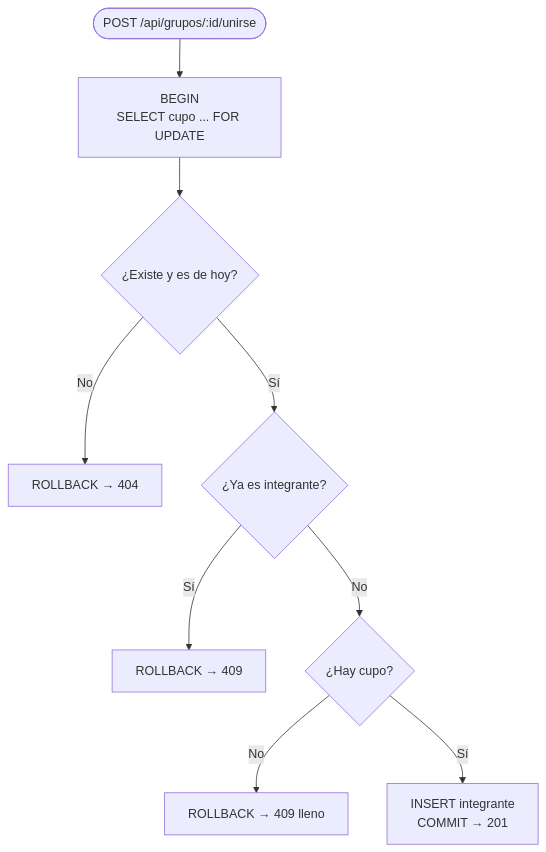
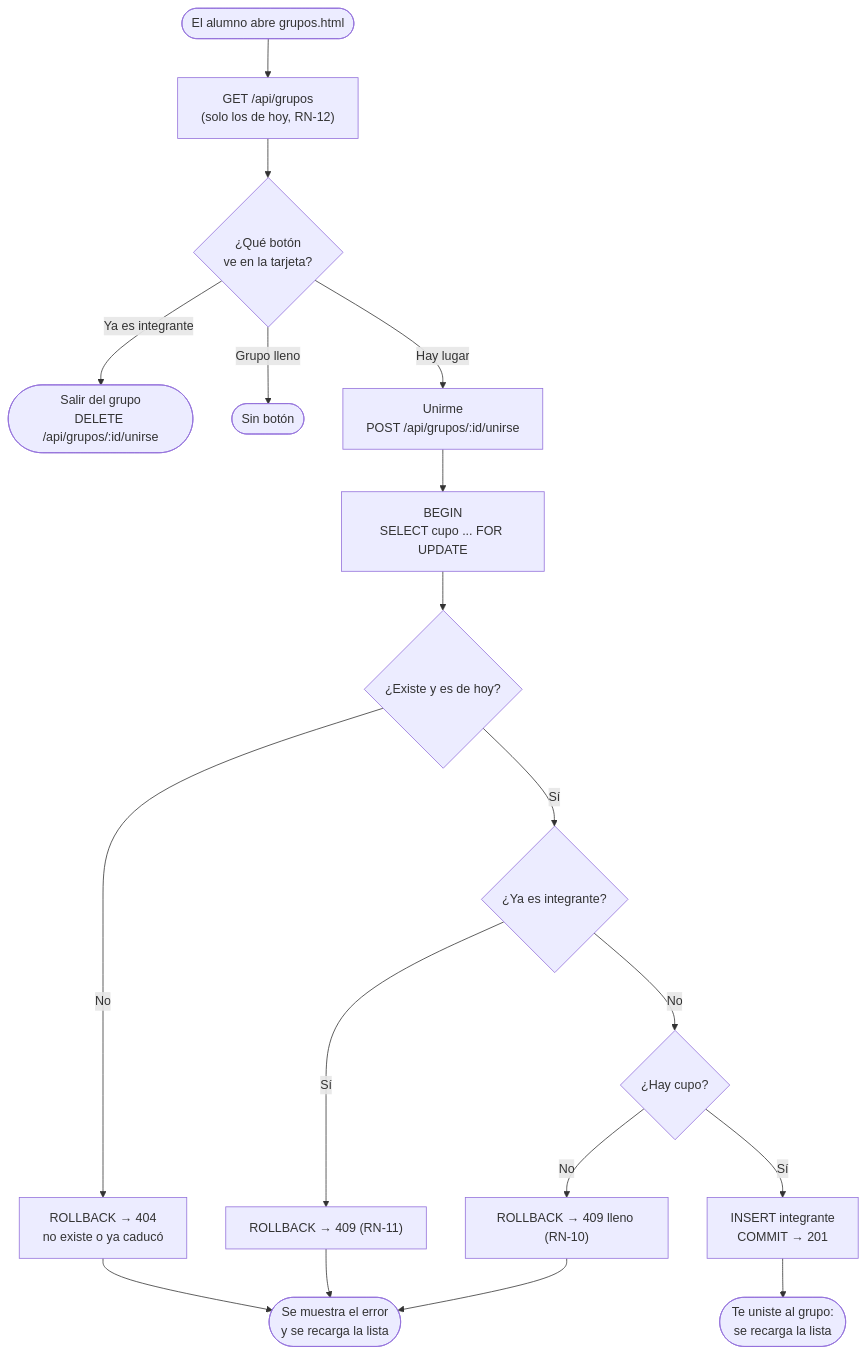
The ninth of 10 diagrams in README.md (sergiodev3/app-seguridad-escolar-psql), drawn with Mermaid before and after one commit. The commit also changed other lines of this file, not shown here.

Commit message:
docs: add flow diagrams for reporting, moderation, alert button and joining groups

````diff
--- a/README.md
+++ b/README.md
@@ -296,11 +364,18 @@
 ```mermaid
 flowchart TD
-    A([POST /api/grupos/:id/unirse]) --> B["BEGIN<br/>SELECT cupo ... FOR UPDATE"]
+    V([El alumno abre grupos.html]) --> LG["GET /api/grupos<br/>(solo los de hoy, RN-12)"]
+    LG --> BT{"¿Qué botón<br/>ve en la tarjeta?"}
+    BT -- Ya es integrante --> SAL(["Salir del grupo<br/>DELETE /api/grupos/:id/unirse"])
+    BT -- Grupo lleno --> NB(["Sin botón"])
+    BT -- Hay lugar --> A["Unirme<br/>POST /api/grupos/:id/unirse"]
+    A --> B["BEGIN<br/>SELECT cupo ... FOR UPDATE"]
     B --> C{¿Existe y es de hoy?}
-    C -- No --> E1["ROLLBACK → 404"]
+    C -- No --> E1["ROLLBACK → 404<br/>no existe o ya caducó"]
     C -- Sí --> D{¿Ya es integrante?}
-    D -- Sí --> E2["ROLLBACK → 409"]
+    D -- Sí --> E2["ROLLBACK → 409 (RN-11)"]
     D -- No --> F{¿Hay cupo?}
-    F -- No --> E3["ROLLBACK → 409 lleno"]
+    F -- No --> E3["ROLLBACK → 409 lleno (RN-10)"]
     F -- Sí --> G["INSERT integrante<br/>COMMIT → 201"]
+    G --> OK(["Te uniste al grupo:<br/>se recarga la lista"])
+    E1 & E2 & E3 --> ERR(["Se muestra el error<br/>y se recarga la lista"])
 ```
````
